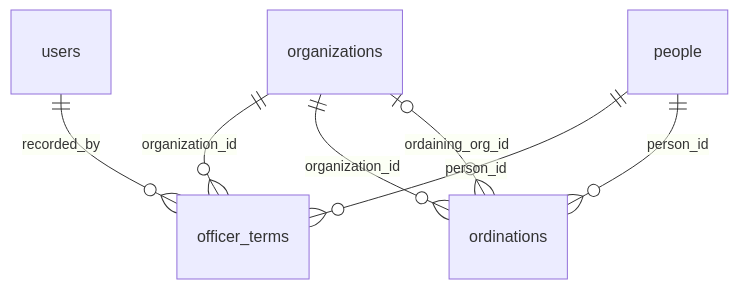
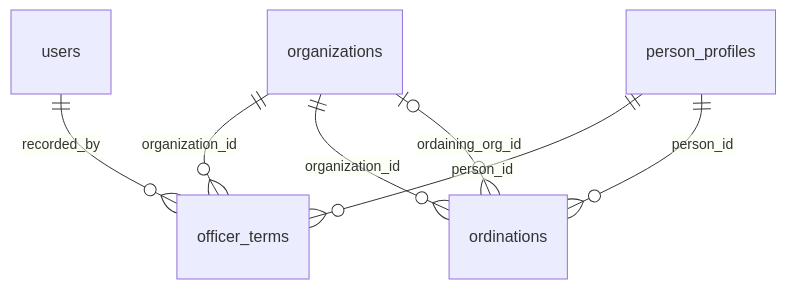
Before and after one commit to chenson42/presby: the fifth of 9 diagrams in docs/schema-design.md, drawn with Mermaid. The commit also changed other lines of this file and 13 other files, not shown here.

First line of the commit message:
refactor(schema): make people global, add person_profiles (D1 reversed)

````diff
--- a/docs/schema-design.md
+++ b/docs/schema-design.md
@@ -173,9 +172,9 @@
 ```mermaid
 erDiagram
   organizations ||--o{ officer_terms : "organization_id"
   users ||--o{ officer_terms : "recorded_by"
-  people ||--o{ officer_terms : "person_id"
+  person_profiles ||--o{ officer_terms : "person_id"
   organizations ||--o{ ordinations : "organization_id"
   organizations |o--o{ ordinations : "ordaining_org_id"
-  people ||--o{ ordinations : "person_id"
+  person_profiles ||--o{ ordinations : "person_id"
 ```
````
